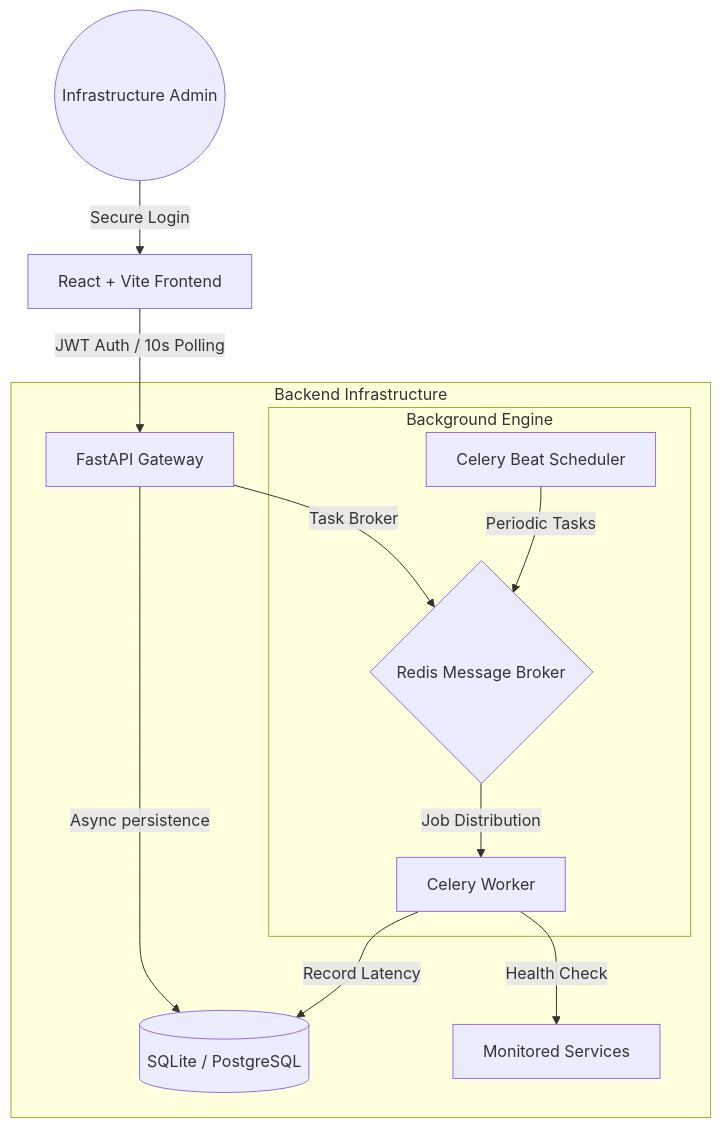
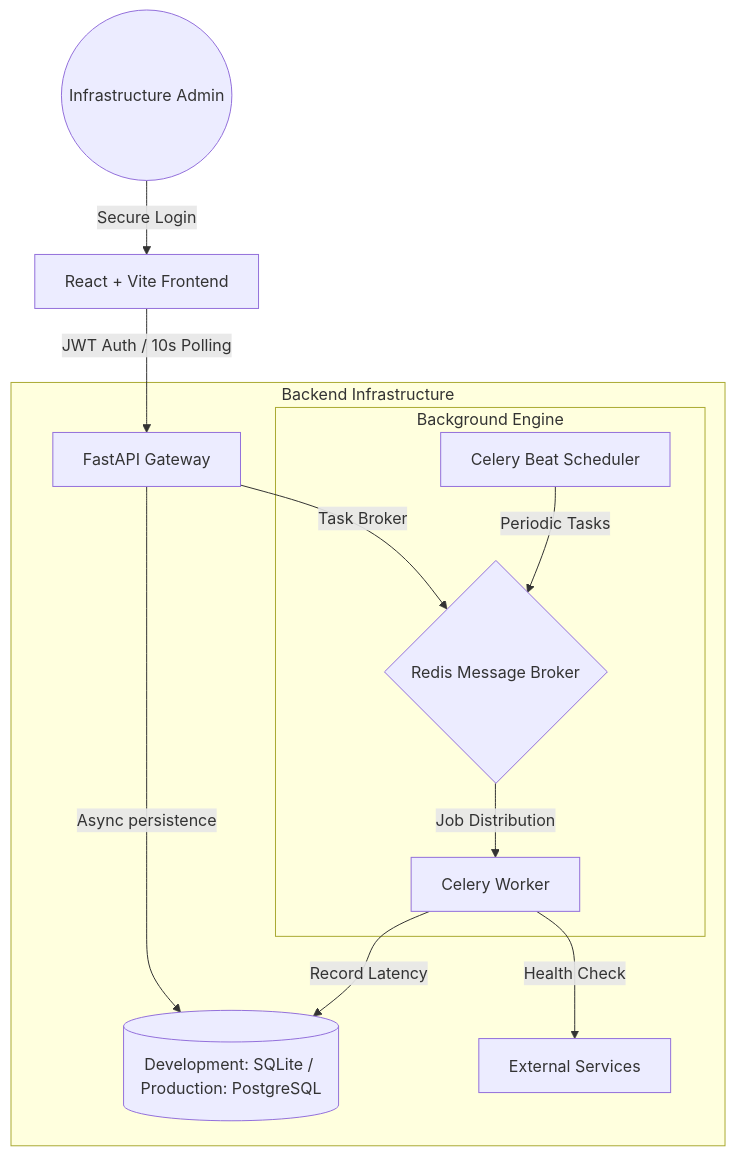
Before and after one commit to josephic9617/apulse_project: the diagram in README.md, drawn with Mermaid. The commit also changed other lines of this file, not shown here.

````diff
--- a/README.md
+++ b/README.md
@@ -65,18 +65,18 @@
 ```mermaid
 graph TD
     User((Infrastructure Admin)) -->|Secure Login| Frontend[React + Vite Frontend]
     Frontend -->|JWT Auth / 10s Polling| API[FastAPI Gateway]
     
     subgraph "Backend Infrastructure"
-        API -->|Async persistence| DB[(SQLite / PostgreSQL)]
+        API -->|Async persistence| DB[(Development: SQLite / Production: PostgreSQL)]
         API -->|Task Broker| Redis{Redis Message Broker}
         
         subgraph "Background Engine"
             Redis -->|Job Distribution| Worker[Celery Worker]
             Beat[Celery Beat Scheduler] -->|Periodic Tasks| Redis
         end
         
-        Worker -->|Health Check| ExternalAPI[Monitored Services]
+        Worker -->|Health Check| ExternalAPI[External Services]
         Worker -->|Record Latency| DB
     end
 ```
````
